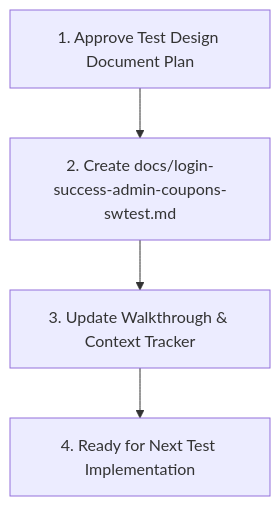
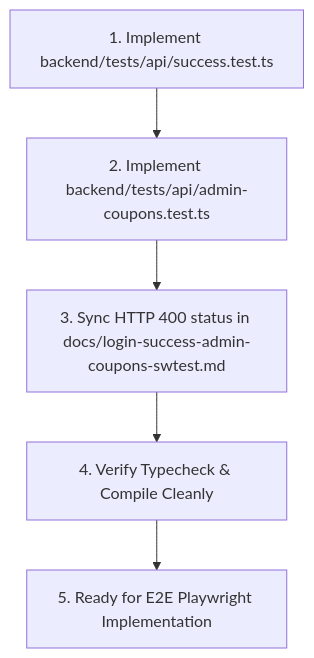
Before and after one commit to YummyAom/software-testing-srs-cart: the diagram in .agents/context_tracker.md, drawn with Mermaid. The commit also changed other lines of this file and 4 other files, not shown here.

Commit message:
Nat's API Tests 1

````diff
--- a/.agents/context_tracker.md
+++ b/.agents/context_tracker.md
@@ -15,6 +16,7 @@
 ```mermaid
 flowchart TD
-    S1["1. Approve Test Design Document Plan"] --> S2["2. Create docs/login-success-admin-coupons-swtest.md"]
-    S2 --> S3["3. Update Walkthrough & Context Tracker"]
-    S3 --> S4["4. Ready for Next Test Implementation"]
+    S1["1. Implement backend/tests/api/success.test.ts"] --> S2["2. Implement backend/tests/api/admin-coupons.test.ts"]
+    S2 --> S3["3. Sync HTTP 400 status in docs/login-success-admin-coupons-swtest.md"]
+    S3 --> S4["4. Verify Typecheck & Compile Cleanly"]
+    S4 --> S5["5. Ready for E2E Playwright Implementation"]
 ```
````
